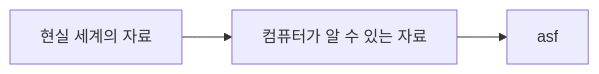
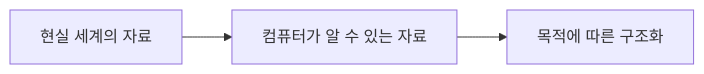
Before and after one commit to kciter/pt-js-coding-test: the diagram in pages/subpage1.md, drawn with Mermaid. The commit also changed other lines of this file, not shown here.

````diff
--- a/pages/subpage1.md
+++ b/pages/subpage1.md
@@ -71,5 +88,5 @@
 ```mermaid
 flowchart LR
   A[현실 세계의 자료] --> B[컴퓨터가 알 수 있는 자료]
-  B --> C[asf]
+  B --> C[목적에 따른 구조화]
 ```
````
